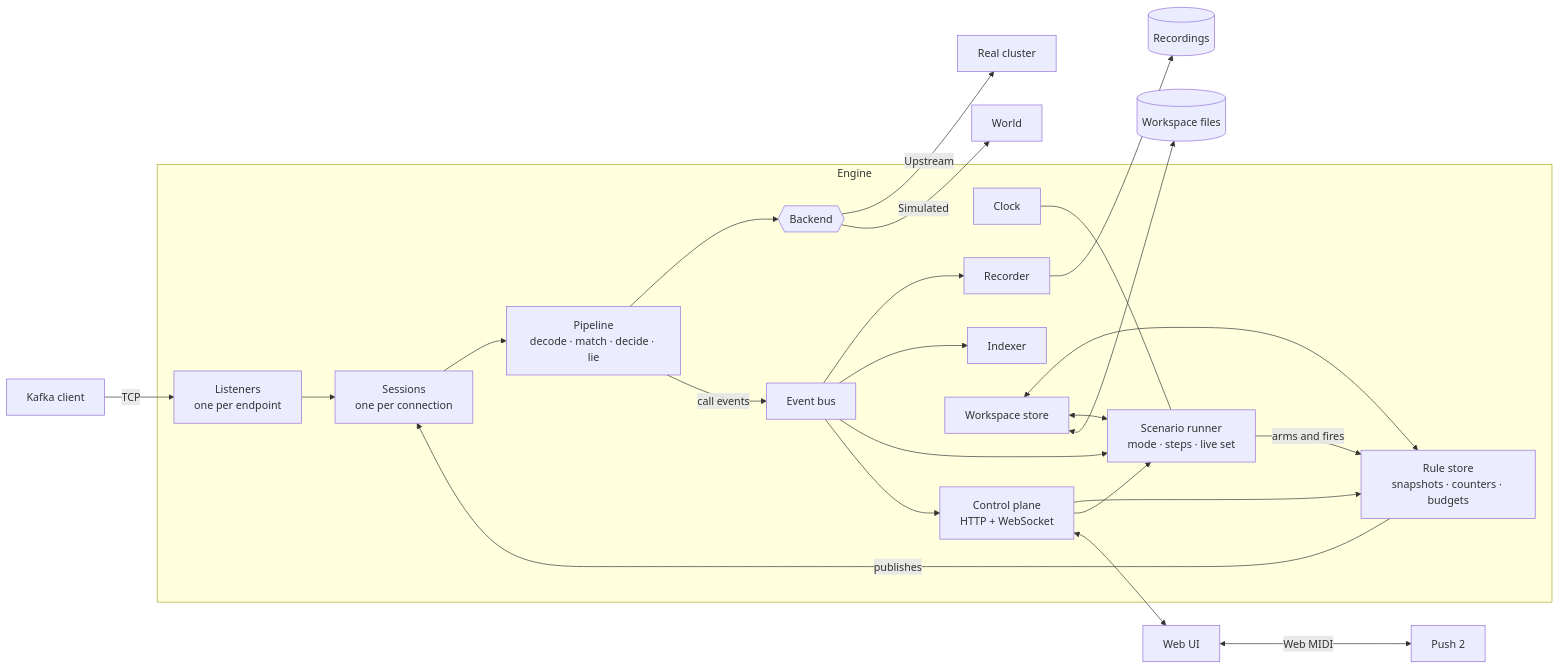
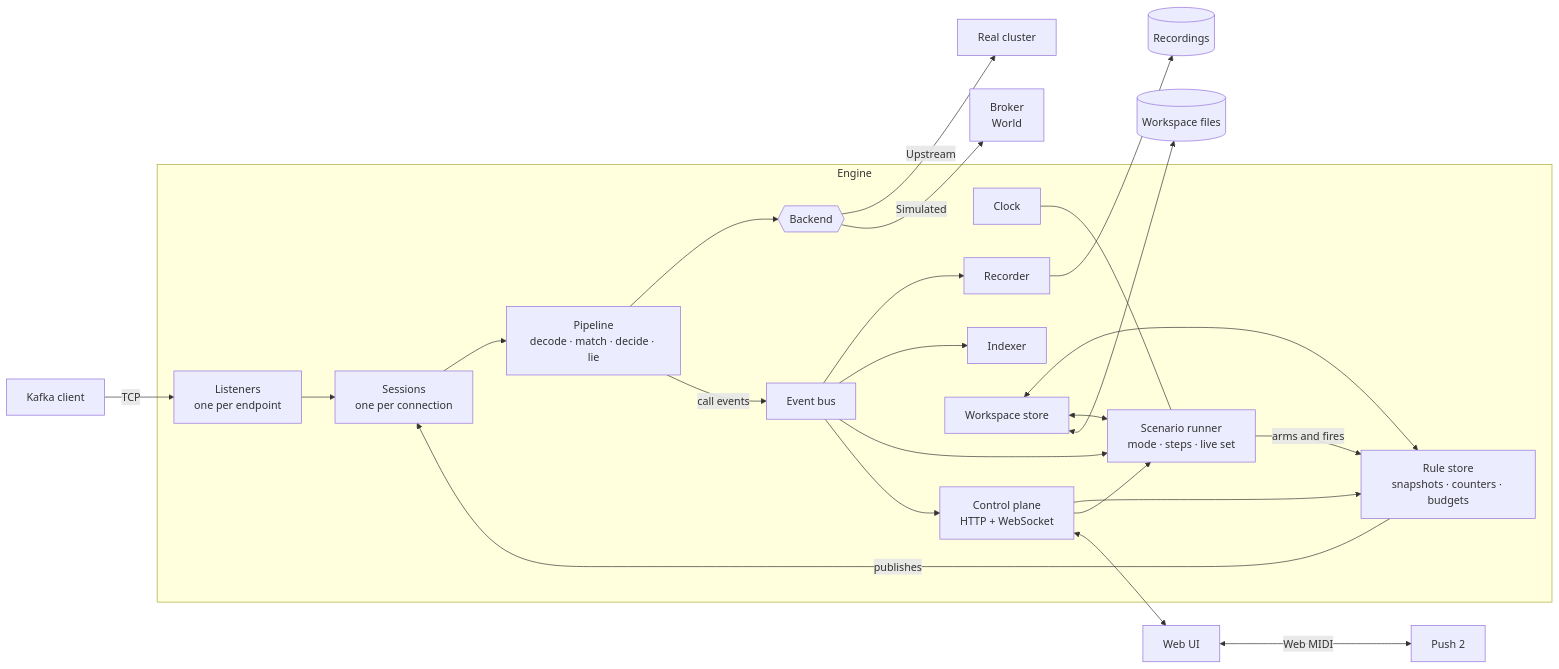
Before and after one commit to cruxy-eu/gaslightmq: the first of 2 diagrams in docs/specs/architecture/README.md, drawn with Mermaid. The commit also changed other lines of this file and 15 other files, not shown here.

First line of the commit message:
docs: specify storage, instances, virtual records and schema registries

````diff
--- a/docs/specs/architecture/README.md
+++ b/docs/specs/architecture/README.md
@@ -18,29 +27,29 @@
 ```mermaid
 flowchart LR
   client["Kafka client"] -->|TCP| LI
 
   subgraph engine["Engine"]
     LI["Listeners<br/>one per endpoint"] --> SS["Sessions<br/>one per connection"]
     SS --> PL["Pipeline<br/>decode · match · decide · lie"]
     PL --> BE{{"Backend"}}
     RS["Rule store<br/>snapshots · counters · budgets"] -->|publishes| SS
     SR["Scenario runner<br/>mode · steps · live set"] -->|arms and fires| RS
     CK["Clock"] --- SR
     PL -->|call events| BUS["Event bus"]
     BUS --> REC["Recorder"]
     BUS --> IDX["Indexer"]
     BUS --> SR
     WS["Workspace store"] <--> RS
     WS <--> SR
     CP["Control plane<br/>HTTP + WebSocket"] --> RS
     CP --> SR
     BUS --> CP
   end
 
   BE -->|Upstream| kafka["Real cluster"]
-  BE -->|Simulated| world["World"]
+  BE -->|Simulated| world["Broker<br/>World"]
   CP <--> ui["Web UI"]
   ui <-->|Web MIDI| push["Push 2"]
   WS <--> files[("Workspace files")]
   REC --> recs[("Recordings")]
 ```
````
